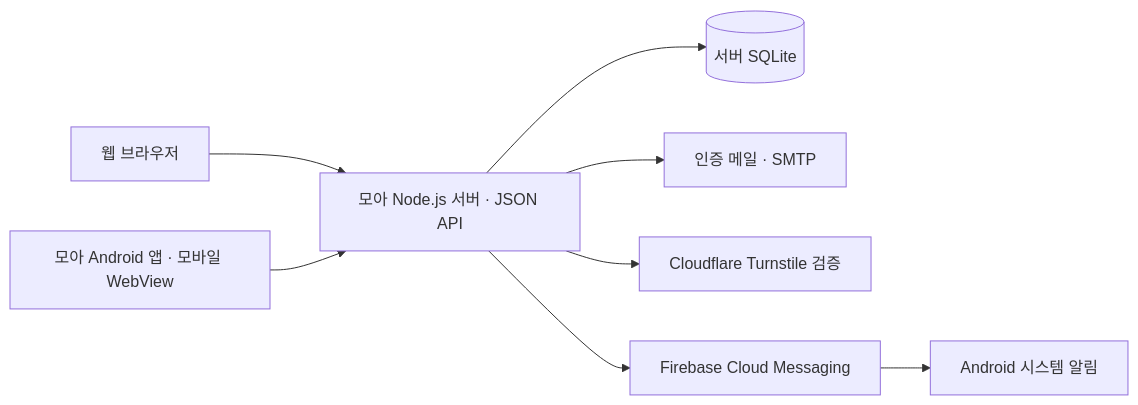
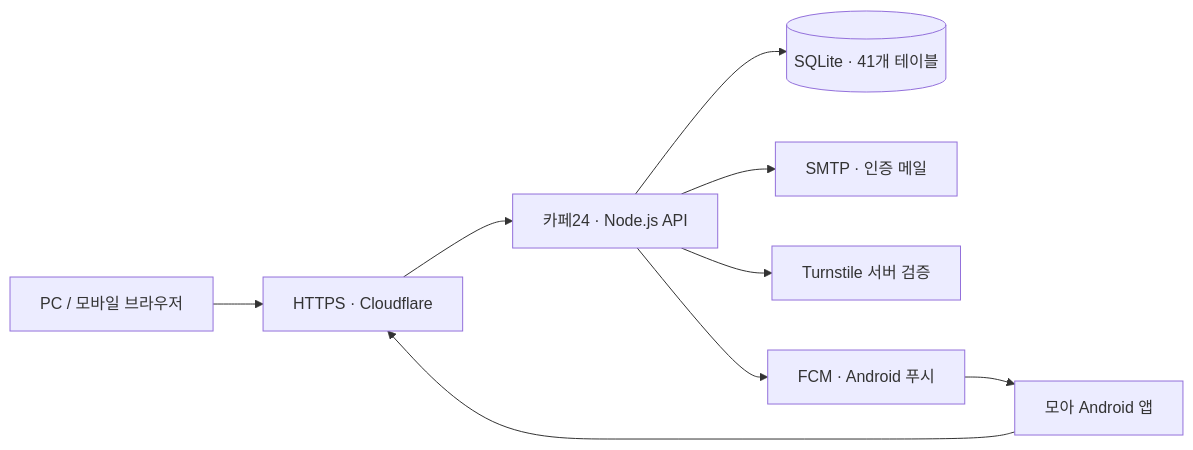
Before and after one commit to taewan192/moa-community-intro: the diagram in README.md, drawn with Mermaid. The commit also changed other lines of this file and 10 other files, not shown here.

Commit message:
docs: expand feature, page, architecture and development guides

````diff
--- a/README.md
+++ b/README.md
@@ -30,10 +73,11 @@
 ```mermaid
 flowchart LR
-    Browser[웹 브라우저] --> API[모아 Node.js 서버 · JSON API]
-    Android[모아 Android 앱 · 모바일 WebView] --> API
-    API --> DB[(서버 SQLite)]
-    API --> SMTP[인증 메일 · SMTP]
-    API --> CF[Cloudflare Turnstile 검증]
-    API --> FCM[Firebase Cloud Messaging]
-    FCM --> Push[Android 시스템 알림]
+    Browser["PC / 모바일 브라우저"] --> Edge["HTTPS · Cloudflare"]
+    App["모아 Android 앱"] --> Edge
+    Edge --> Server["카페24 · Node.js API"]
+    Server --> DB[("SQLite · 41개 테이블")]
+    Server --> Mail["SMTP · 인증 메일"]
+    Server --> Bot["Turnstile 서버 검증"]
+    Server --> FCM["FCM · Android 푸시"]
+    FCM --> App
 ```
````
